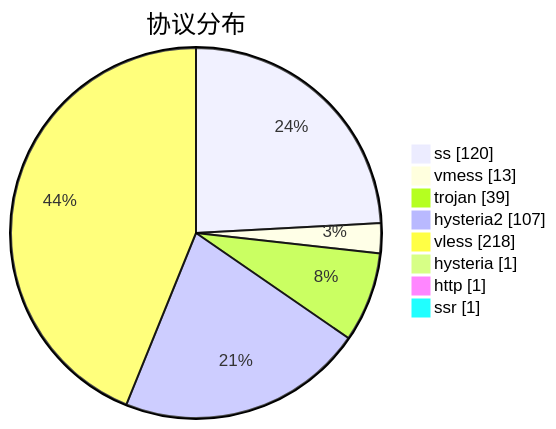
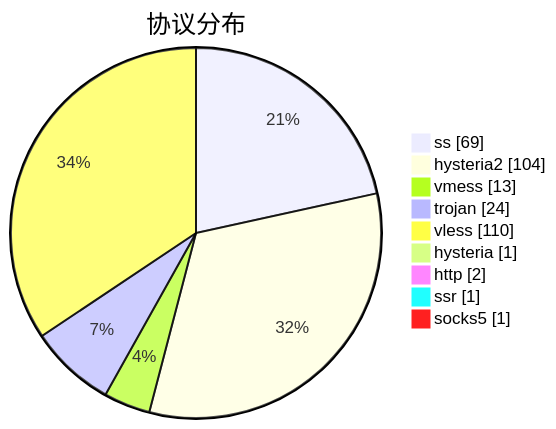
The third of 3 diagrams in subs/statistics/tested_within.md (sinspired/airport), drawn with Mermaid before and after one commit. The commit also changed other lines of this file and 2 other files, not shown here.

````diff
--- a/subs/statistics/tested_within.md
+++ b/subs/statistics/tested_within.md
@@ -45,12 +42,13 @@
 ```mermaid
 pie showData
 title 协议分布
-"ss" : 120
+"ss" : 69
+"hysteria2" : 104
 "vmess" : 13
-"trojan" : 39
-"hysteria2" : 107
-"vless" : 218
+"trojan" : 24
+"vless" : 110
 "hysteria" : 1
-"http" : 1
+"http" : 2
 "ssr" : 1
+"socks5" : 1
 ```
````
